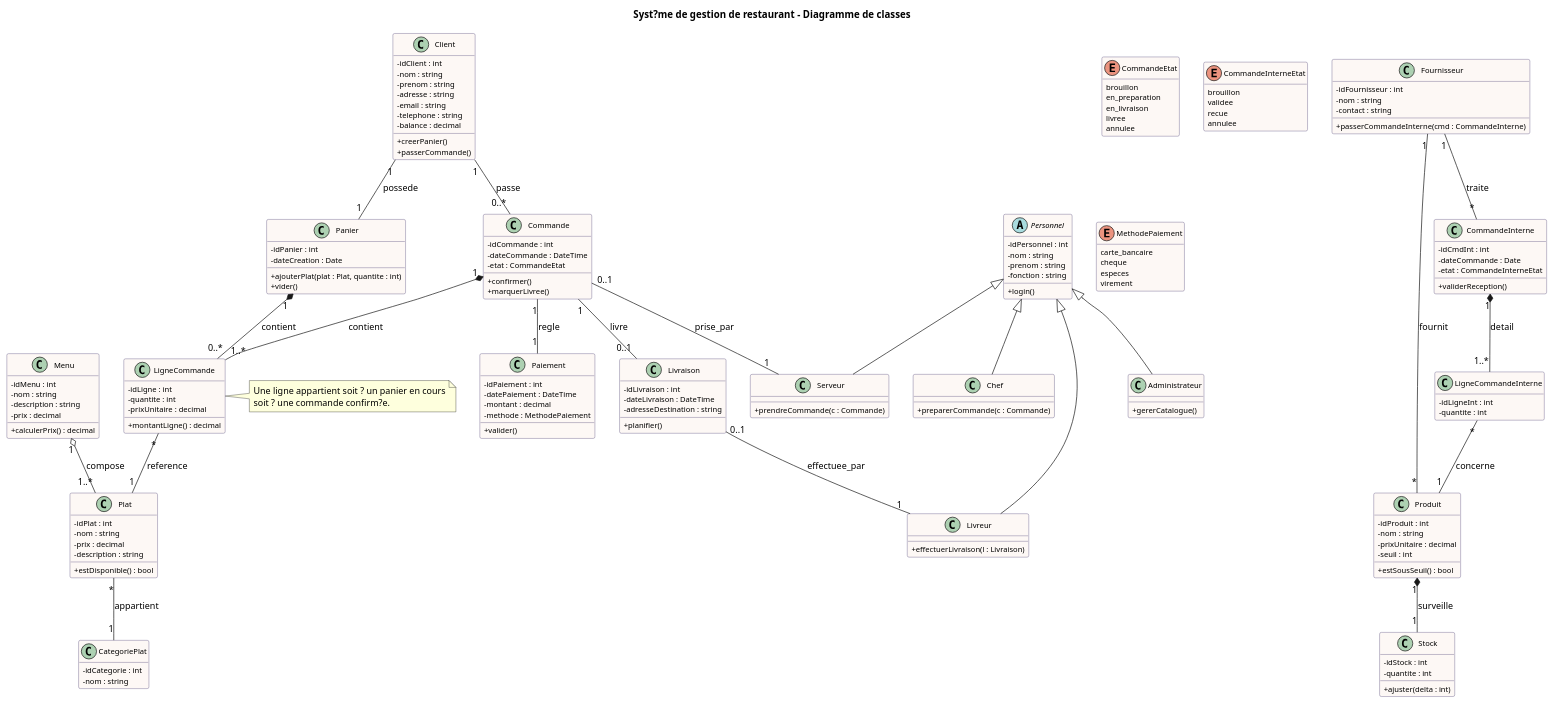
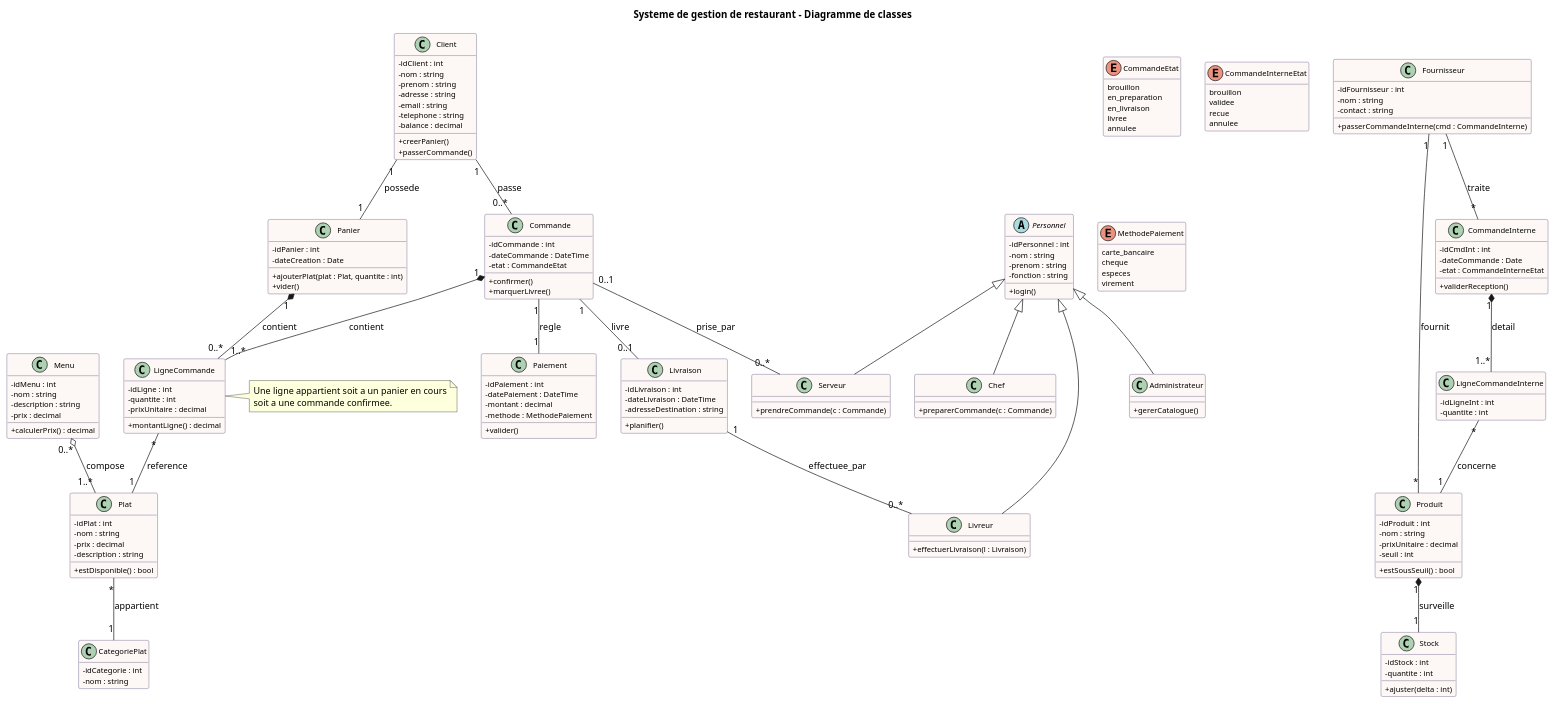
Before and after one commit to Konou0luc/Musin: the diagram in restaurant-class-diagram.puml, drawn with PlantUML.

Commit message:
Refactor: Update class diagram relationships and text

```diff
--- a/restaurant-class-diagram.puml
+++ b/restaurant-class-diagram.puml
@@ -1,194 +1,194 @@
 @startuml
-title Syst?me de gestion de restaurant - Diagramme de classes
+title Systeme de gestion de restaurant - Diagramme de classes
 
 hide empty methods
 
 skinparam classAttributeIconSize 0
 skinparam classFontSize 12
 skinparam classAttributeFontSize 11
 skinparam classBackgroundColor #FDF8F5
 skinparam classBorderColor #4B3F72
 skinparam shadowing false
 
 class Client {
   -idClient : int
   -nom : string
   -prenom : string
   -adresse : string
   -email : string
   -telephone : string
   -balance : decimal
   +creerPanier()
   +passerCommande()
 }
 
 class Panier {
   -idPanier : int
   -dateCreation : Date
   +ajouterPlat(plat : Plat, quantite : int)
   +vider()
 }
 
 class Commande {
   -idCommande : int
   -dateCommande : DateTime
   -etat : CommandeEtat
   +confirmer()
   +marquerLivree()
 }
 
 class LigneCommande {
   -idLigne : int
   -quantite : int
   -prixUnitaire : decimal
   +montantLigne() : decimal
 }
 
 class Plat {
   -idPlat : int
   -nom : string
   -prix : decimal
   -description : string
   +estDisponible() : bool
 }
 
 class CategoriePlat {
   -idCategorie : int
   -nom : string
 }
 
 class Menu {
   -idMenu : int
   -nom : string
   -description : string
   -prix : decimal
   +calculerPrix() : decimal
 }
 
 class Paiement {
   -idPaiement : int
   -datePaiement : DateTime
   -montant : decimal
   -methode : MethodePaiement
   +valider()
 }
 
 class Livraison {
   -idLivraison : int
   -dateLivraison : DateTime
   -adresseDestination : string
   +planifier()
 }
 
 class Produit {
   -idProduit : int
   -nom : string
   -prixUnitaire : decimal
   -seuil : int
   +estSousSeuil() : bool
 }
 
 class Stock {
   -idStock : int
   -quantite : int
   +ajuster(delta : int)
 }
 
 class Fournisseur {
   -idFournisseur : int
   -nom : string
   -contact : string
   +passerCommandeInterne(cmd : CommandeInterne)
 }
 
 class CommandeInterne {
   -idCmdInt : int
   -dateCommande : Date
   -etat : CommandeInterneEtat
   +validerReception()
 }
 
 class LigneCommandeInterne {
   -idLigneInt : int
   -quantite : int
 }
 
 abstract class Personnel {
   -idPersonnel : int
   -nom : string
   -prenom : string
   -fonction : string
   +login()
 }
 
 class Serveur {
   +prendreCommande(c : Commande)
 }
 
 class Chef {
   +preparerCommande(c : Commande)
 }
 
 class Livreur {
   +effectuerLivraison(l : Livraison)
 }
 
 class Administrateur {
   +gererCatalogue()
 }
 
 enum CommandeEtat {
   brouillon
   en_preparation
   en_livraison
   livree
   annulee
 }
 
 enum CommandeInterneEtat {
   brouillon
   validee
   recue
   annulee
 }
 
 enum MethodePaiement {
   carte_bancaire
   cheque
   especes
   virement
 }
 
 Client "1" -- "1" Panier : possede
 Client "1" -- "0..*" Commande : passe
 
 Panier "1" *-- "0..*" LigneCommande : contient
 Commande "1" *-- "1..*" LigneCommande : contient
 
 LigneCommande "*" -- "1" Plat : reference
 Plat "*" -- "1" CategoriePlat : appartient
-Menu "1" o-- "1..*" Plat : compose
+Menu "0..*" o-- "1..*" Plat : compose
 
 Commande "1" -- "1" Paiement : regle
 Commande "1" -- "0..1" Livraison : livre
 
 Produit "1" *-- "1" Stock : surveille
 Fournisseur "1" -- "*" Produit : fournit
 Fournisseur "1" -- "*" CommandeInterne : traite
 CommandeInterne "1" *-- "1..*" LigneCommandeInterne : detail
 LigneCommandeInterne "*" -- "1" Produit : concerne
 
 Personnel <|-- Serveur
 Personnel <|-- Chef
 Personnel <|-- Livreur
 Personnel <|-- Administrateur
 
-Commande "0..1" -- "1" Serveur : prise_par
-Livraison "0..1" -- "1" Livreur : effectuee_par
+Commande "0..1" -- "0..*" Serveur : prise_par
+Livraison "1" -- "0..*" Livreur : effectuee_par
 
 note right of LigneCommande
-  Une ligne appartient soit ? un panier en cours
-  soit ? une commande confirm?e.
+  Une ligne appartient soit a un panier en cours
+  soit a une commande confirmee.
 end note
 
 @enduml
```
